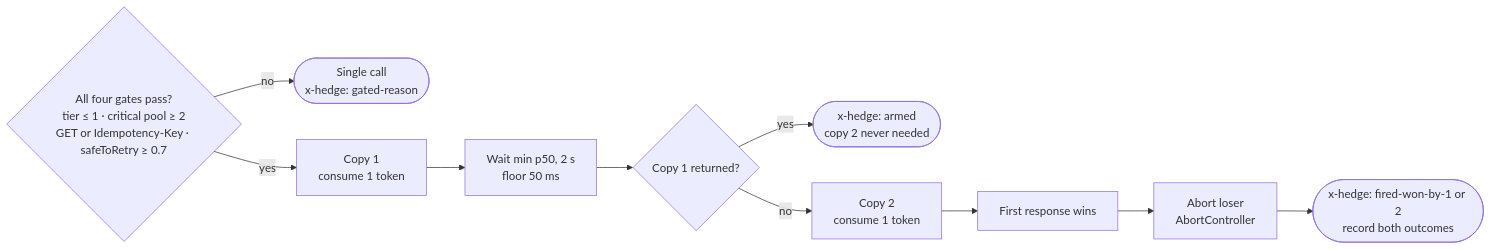
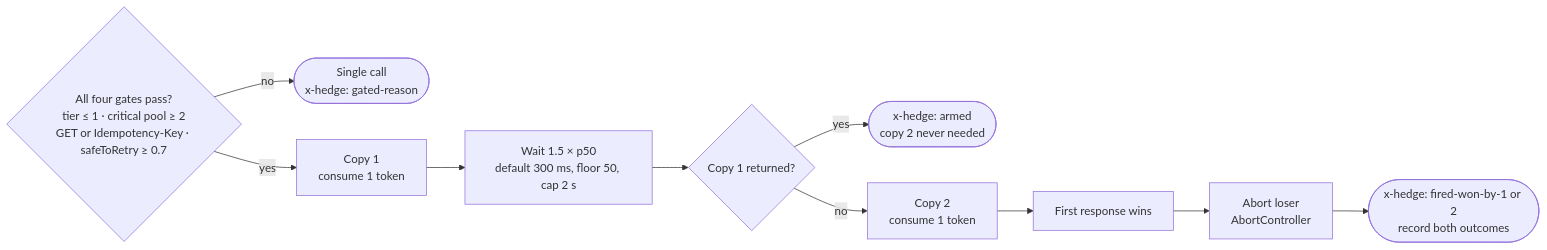
The second of 4 diagrams in docs/data-plane.md (bharath-ramaprasad/infra-guardian), drawn with Mermaid before and after one commit. The commit also changed other lines of this file and 8 other files, not shown here.

````diff
--- a/docs/data-plane.md
+++ b/docs/data-plane.md
@@ -42,18 +42,18 @@
 ```mermaid
 flowchart LR
   GATES{All four gates pass?<br/>tier ≤ 1 · critical pool ≥ 2<br/>GET or Idempotency-Key · safeToRetry ≥ 0.7}
   SINGLE([Single call<br/>x-hedge: gated-reason])
   C1["Copy 1<br/>consume 1 token"]
-  TIMER["Wait min p50, 2 s<br/>floor 50 ms"]
+  TIMER["Wait 1.5 × p50<br/>default 300 ms, floor 50, cap 2 s"]
   BACK{Copy 1 returned?}
   ONE([x-hedge: armed<br/>copy 2 never needed])
   C2["Copy 2<br/>consume 1 token"]
   RACE["First response wins"]
   ABORT["Abort loser<br/>AbortController"]
   WIN([x-hedge: fired-won-by-1 or 2<br/>record both outcomes])
 
   GATES -->|no| SINGLE
   GATES -->|yes| C1 --> TIMER --> BACK
   BACK -->|yes| ONE
   BACK -->|no| C2 --> RACE --> ABORT --> WIN
 ```
````
